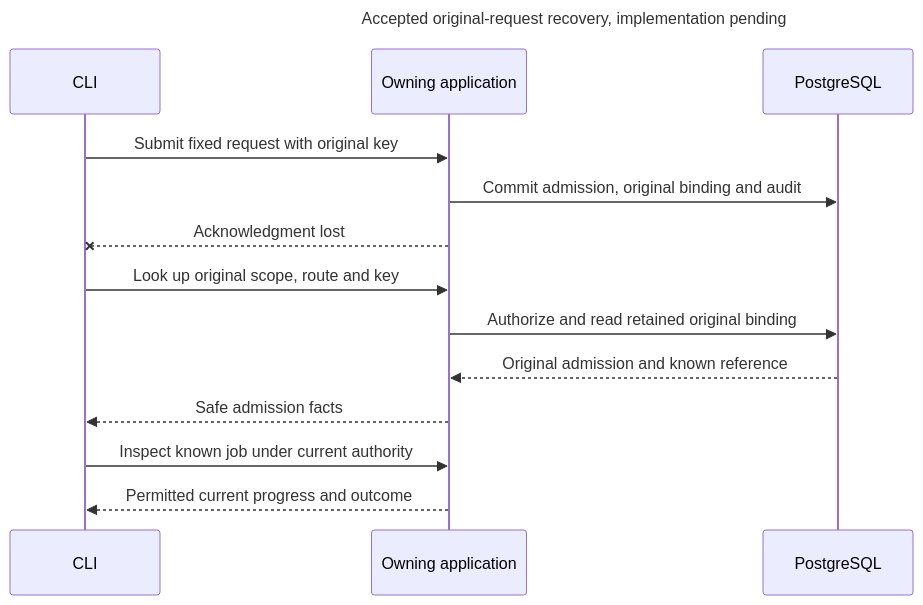
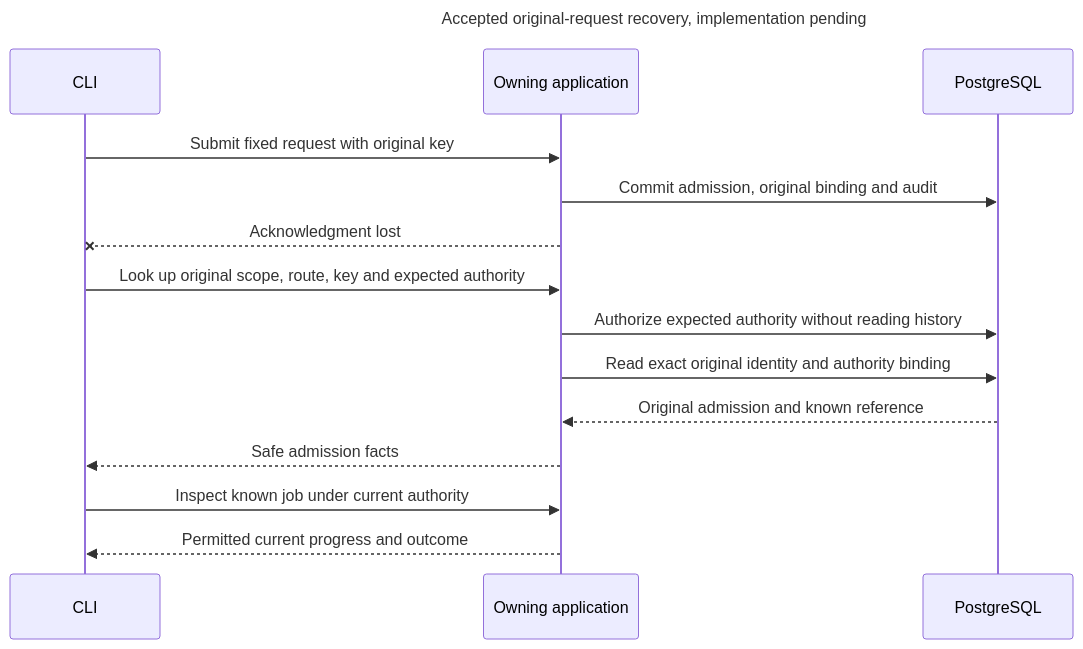
The diagram in .agents/skills/inframeld-application-contracts/references/operation-recovery-contracts.md (matejpalenik/inframeld), drawn with Mermaid before and after one commit. The commit also changed other lines of this file and 52 other files, not shown here.

````diff
--- a/.agents/skills/inframeld-application-contracts/references/operation-recovery-contracts.md
+++ b/.agents/skills/inframeld-application-contracts/references/operation-recovery-contracts.md
@@ -49,18 +65,19 @@
 ```mermaid
 ---
 title: "Accepted original-request recovery, implementation pending"
 ---
 sequenceDiagram
     participant CLI
     participant API as Owning application
     participant DB as PostgreSQL
     CLI->>API: Submit fixed request with original key
     API->>DB: Commit admission, original binding and audit
     API--xCLI: Acknowledgment lost
-    CLI->>API: Look up original scope, route and key
-    API->>DB: Authorize and read retained original binding
+    CLI->>API: Look up original scope, route, key and expected authority
+    API->>DB: Authorize expected authority without reading history
+    API->>DB: Read exact original identity and authority binding
     DB-->>API: Original admission and known reference
     API-->>CLI: Safe admission facts
     CLI->>API: Inspect known job under current authority
     API-->>CLI: Permitted current progress and outcome
 ```
````
